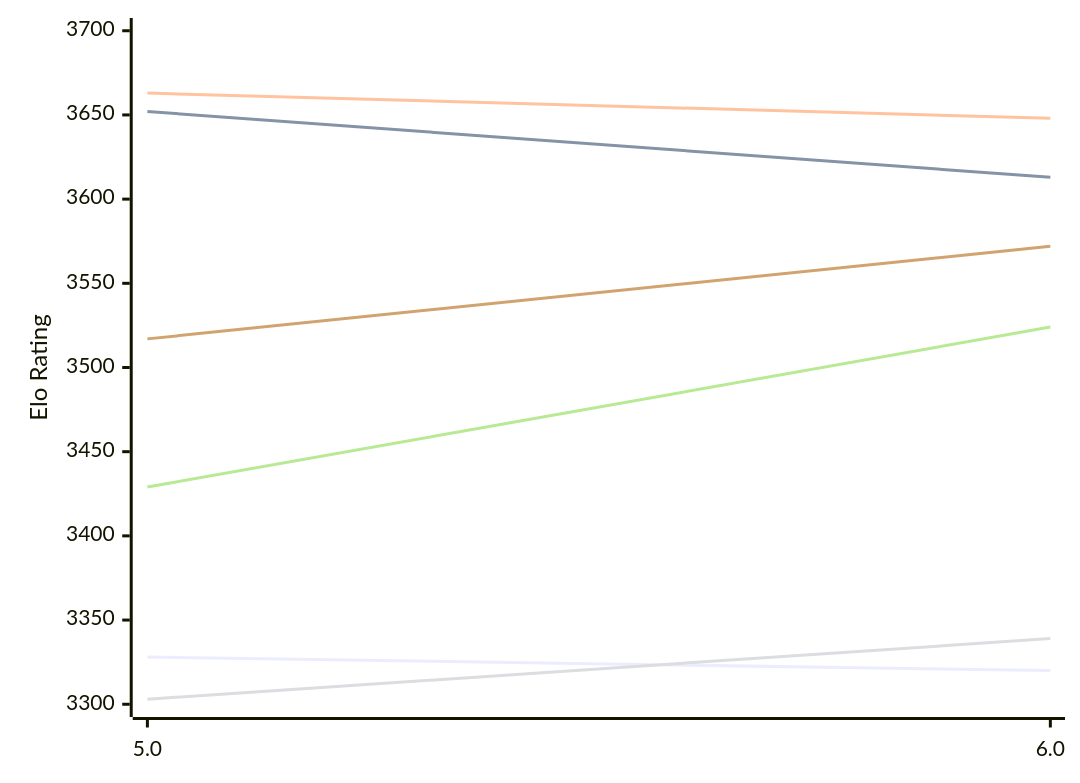
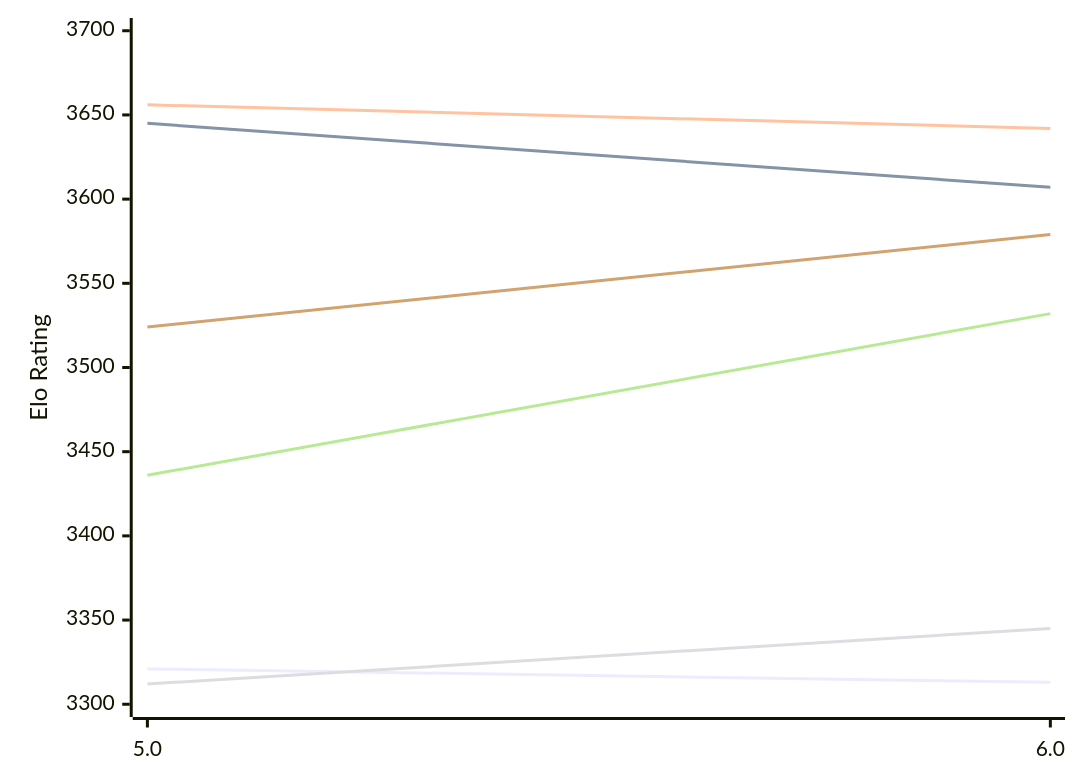
Before and after one commit to computer-chess-index/cci: the first of 2 diagrams in engines/Tarnished.md, drawn with Mermaid. The commit also changed other lines of this file, not shown here.

Commit message:
Update CCI Ratings (ELO VLTC) - 2026-11-18

````diff
--- a/engines/Tarnished.md
+++ b/engines/Tarnished.md
@@ -51,12 +51,12 @@
 ```mermaid
 %%{init: {"theme":"base","themeVariables":{"seriesColors:['#a3a3a3','#222221','#faa371']}}}%%
 xychart-beta
   x-axis ["5.0", "6.0"]
   y-axis "Elo Rating" 3300 --> 3700
-  line "E1: STC (8.0+0.08s)" [3328, 3320]
-  line "E1: LTC (60.0+0.60s)" [3652, 3613]
-  line "E1: VLTC (2m24s+1.12s)" [3663, 3648]
-  line "P1: STC (8.0+0.08s)" [3303, 3339]
-  line "P1: LTC (60.0+0.60s)" [3429, 3524]
-  line "P1: VLTC (2m24s+1.12s)" [3517, 3572]
+  line "E1: STC (8.0+0.08s)" [3321, 3313]
+  line "E1: LTC (60.0+0.60s)" [3645, 3607]
+  line "E1: VLTC (2m24s+1.12s)" [3656, 3642]
+  line "P1: STC (8.0+0.08s)" [3312, 3345]
+  line "P1: LTC (60.0+0.60s)" [3436, 3532]
+  line "P1: VLTC (2m24s+1.12s)" [3524, 3579]
 ```
````
